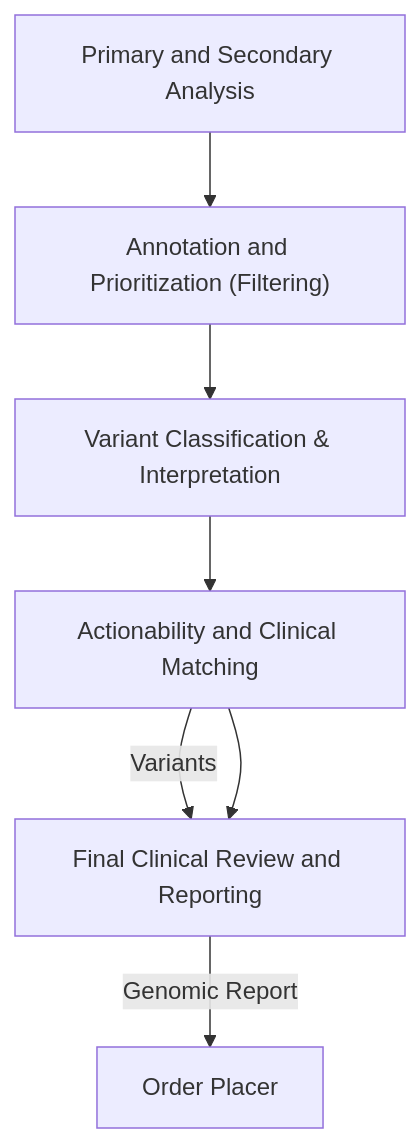
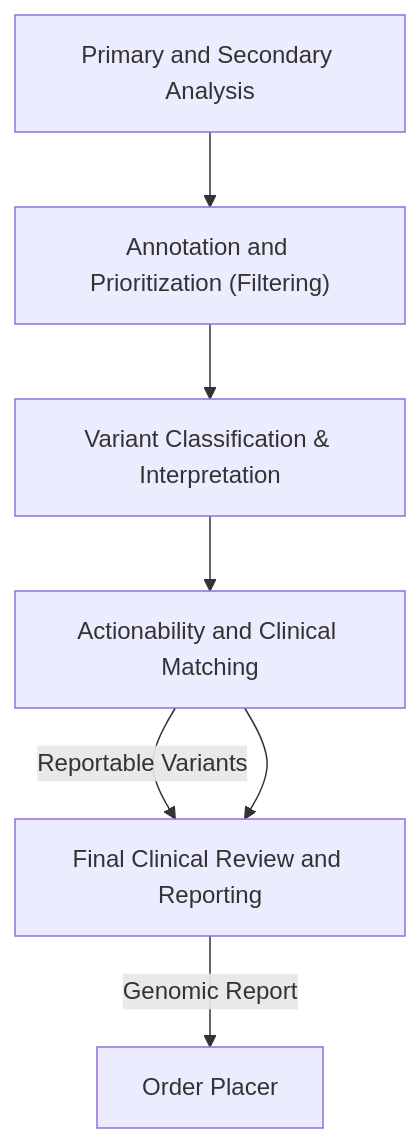
The diagram in input/pagecontent/reportable-variants.md (nw-gmsa/nw-gmsa.github.com), drawn with Mermaid before and after one commit.

Commit message:
ILW and TLW documentation

````diff
--- a/input/pagecontent/reportable-variants.md
+++ b/input/pagecontent/reportable-variants.md
@@ -5,20 +5,20 @@
 ```mermaid
 graph
 
 analysis[Primary and Secondary Analysis]
 filtering["Annotation and Prioritization (Filtering)"]
 classification[Variant Classification & Interpretation]
 action[Actionability and Clinical Matching]
 report[Final Clinical Review and Reporting]
 placer[Order Placer]
 
 analysis --> filtering
 filtering --> classification
 classification --> action
-action --> |Variants| report
+action --> |Reportable Variants| report
 report --> |Genomic Report| placer  
 
   classDef green fill:#D5E8D4;
   class placer greention
 action --> report
 ```
````
